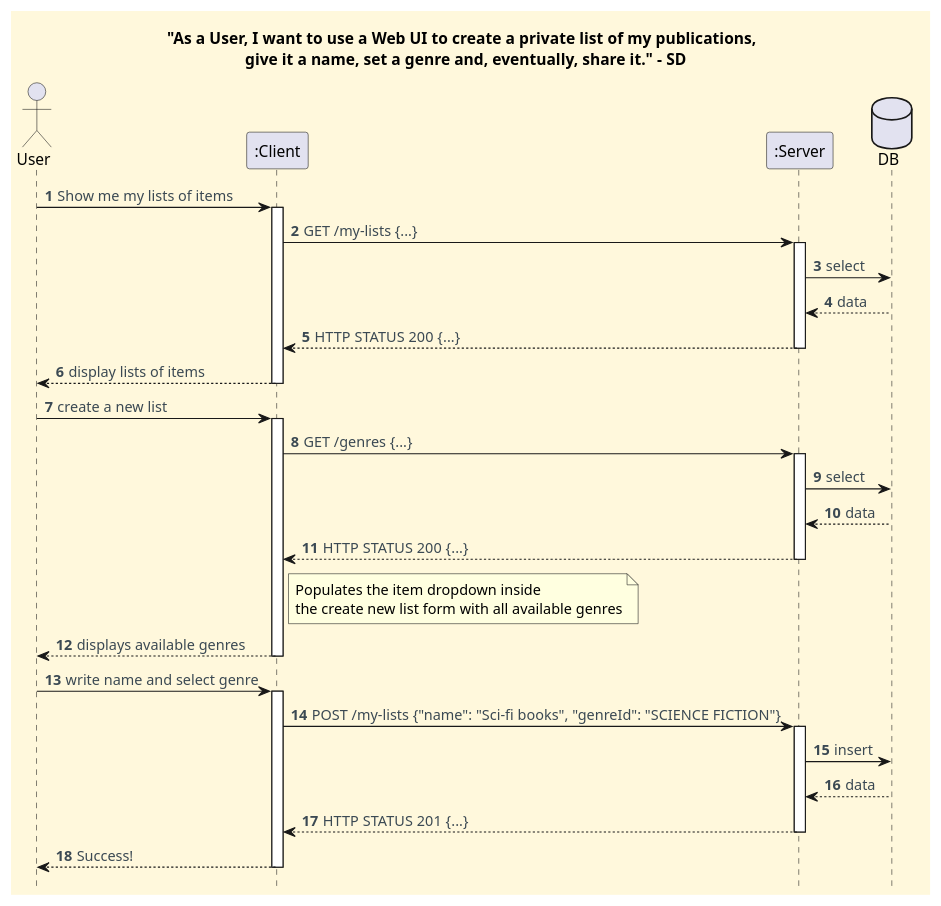
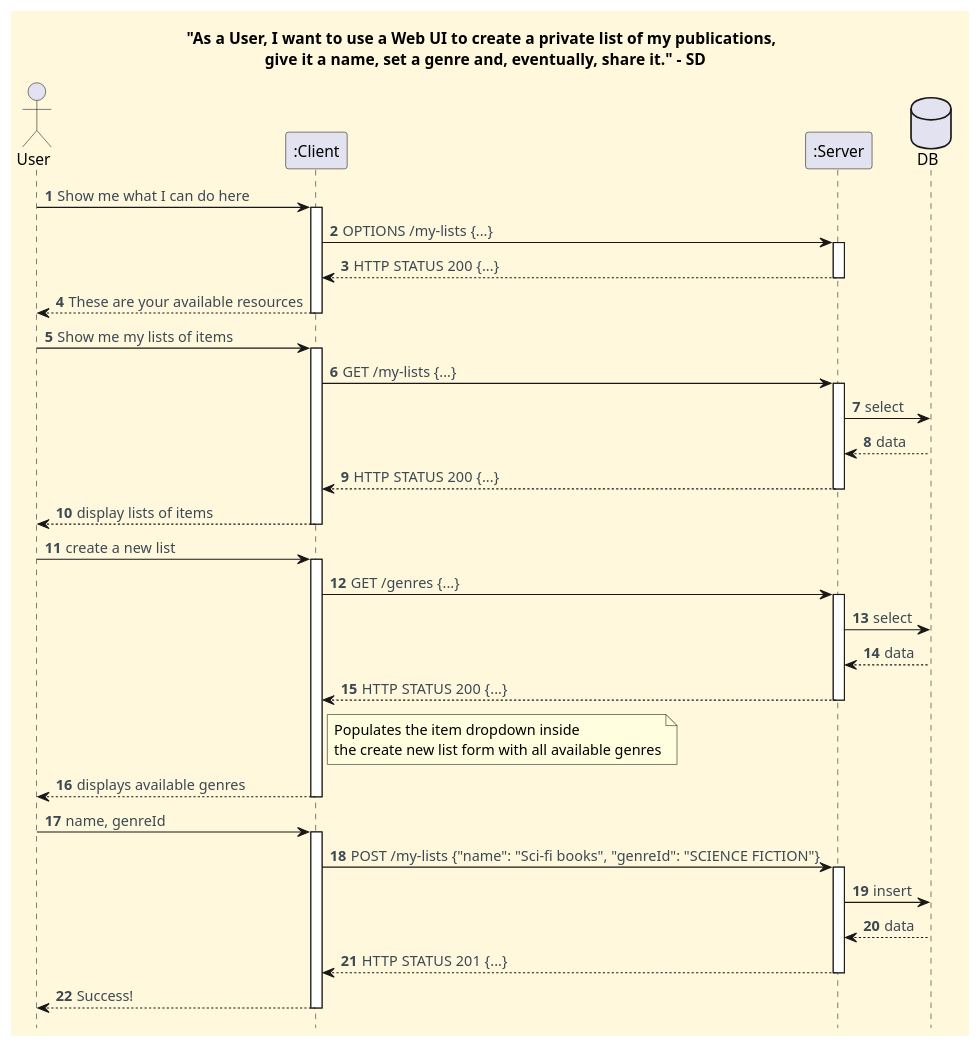
The diagram in docs/client-server-diagrams/create-private-list-of-my-publications/Process_View_SD.puml (CarolinaLeite-collab/JavaMarketplacePlatform), drawn with PlantUML before and after one commit. The commit also changed 1 other file, not shown here.

Commit message:
fix: updated process view diagrams for create a private list of my publications, closes #1037

```diff
--- a/docs/client-server-diagrams/create-private-list-of-my-publications/Process_View_SD.puml
+++ b/docs/client-server-diagrams/create-private-list-of-my-publications/Process_View_SD.puml
@@ -1,61 +1,70 @@
 @startuml
 '==== Title ====
 title "As a User, I want to use a Web UI to create a private list of my publications, \n give it a name, set a genre and, eventually, share it." - SD
 
 '==== basic style ====
 skinparam monochrome false
 skinparam shadowing false
 skinparam defaultFontName Futura
 skinparam objectFontSize 20
 skinparam backgroundColor CornSilk
 skinparam objectBackgroundColor WhiteSmoke
 skinparam noteBackgroundColor #FFFFE0
 skinparam ArrowFontColor #3B4953
 skinparam ActivationBackgroundColor black
 hidefootbox
 autonumber
 
 ' ==== Actor and participants ====
 actor User
 participant ":Client" as CLI
 participant ":Server" as SER
 database "DB" as DB
+
+User -> CLI : Show me what I can do here
+activate CLI
+CLI -> SER : OPTIONS /my-lists {...}
+activate SER
+SER --> CLI : HTTP STATUS 200 {...}
+deactivate SER
+CLI --> User : These are your available resources
+deactivate CLI
 
 User -> CLI : Show me my lists of items
 activate CLI
 CLI -> SER : GET /my-lists {...}
 activate SER
 SER -> DB : select
 DB --> SER : data
 SER --> CLI : HTTP STATUS 200 {...}
 deactivate SER
 CLI --> User : display lists of items
 deactivate CLI
 
 User -> CLI : create a new list
 activate CLI
 CLI -> SER : GET /genres {...}
 activate SER
 SER -> DB : select
 DB --> SER : data
 SER --> CLI : HTTP STATUS 200 {...}
 note right of CLI
 Populates the item dropdown inside
 the create new list form with all available genres
 end note
 deactivate SER
 CLI --> User : displays available genres
 deactivate CLI
 
-User -> CLI : write name and select genre
+User -> CLI : name, genreId
 activate CLI
 CLI -> SER : POST /my-lists {"name": "Sci-fi books", "genreId": "SCIENCE FICTION"}
 activate SER
 SER -> DB : insert
 DB --> SER : data
 SER --> CLI : HTTP STATUS 201 {...}
 deactivate SER
 CLI --> User : Success!
 deactivate CLI
 
 @enduml
```
